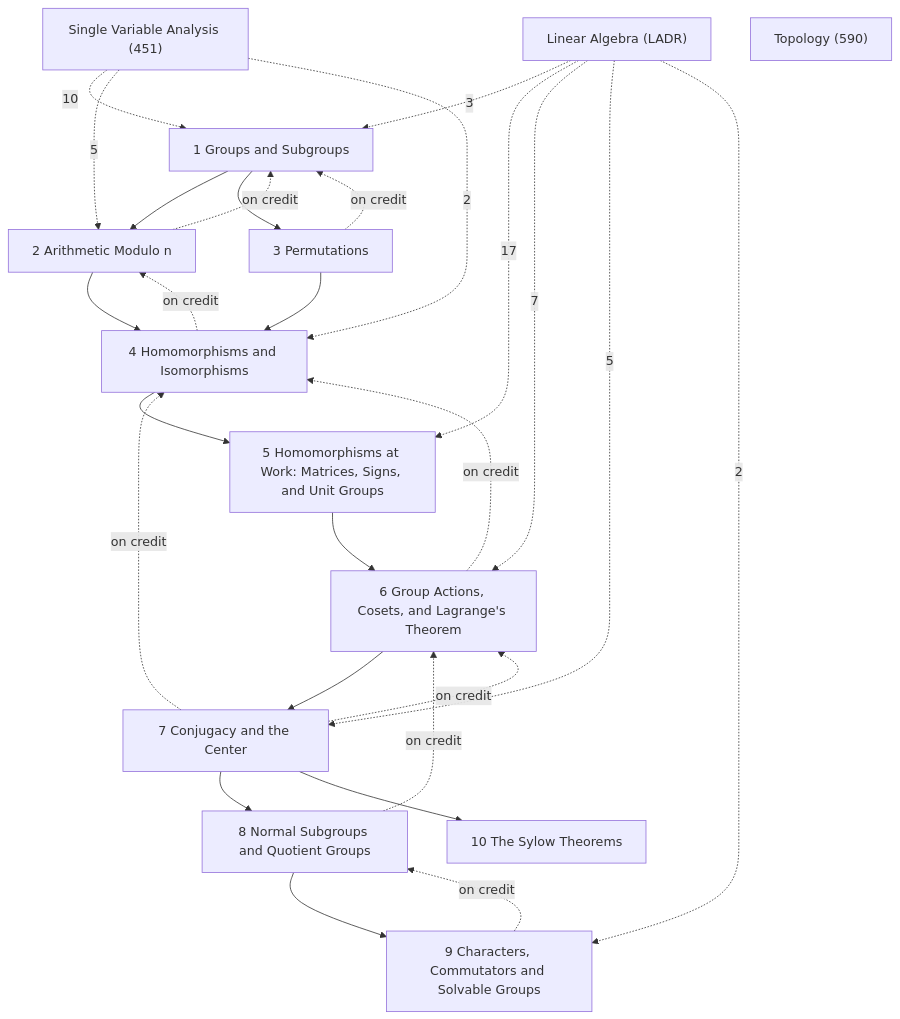
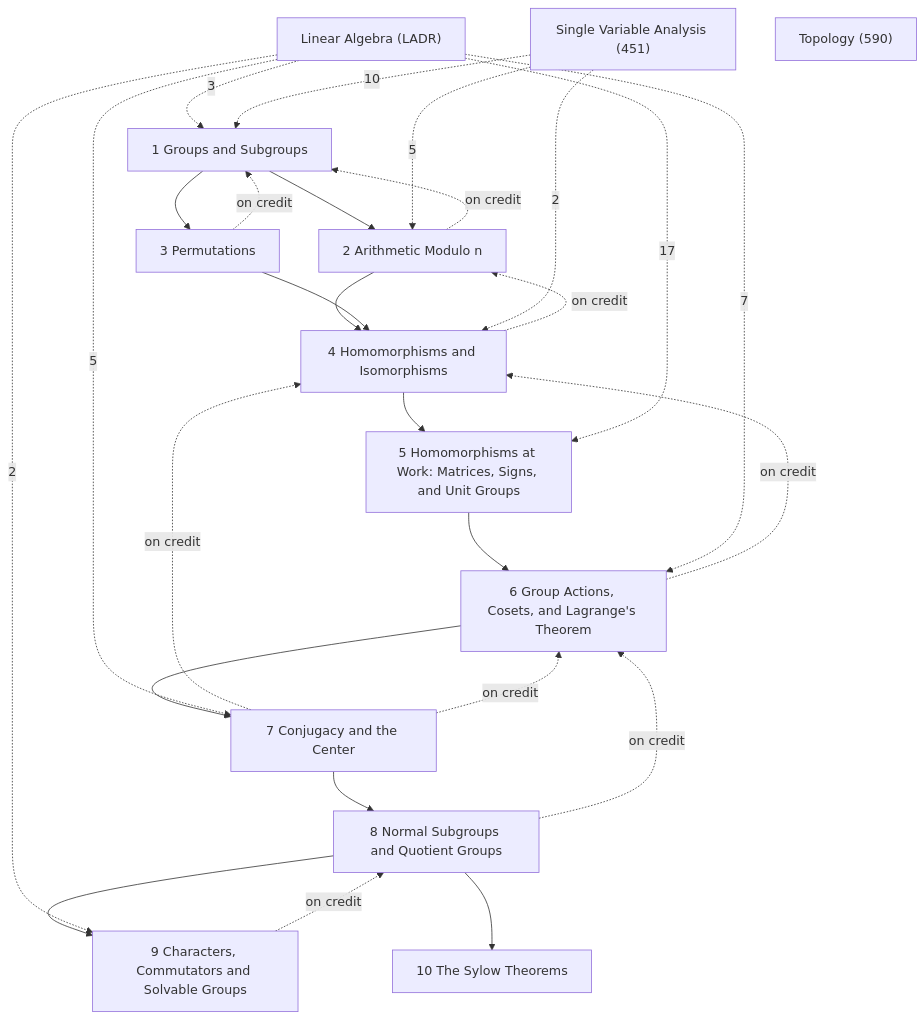
The diagram in Math/Group Theory/Group Theory.md (Onion20040508/notes), drawn with Mermaid before and after one commit. The commit also changed 19 other files, not shown here.

````diff
--- a/Math/Group Theory/Group Theory.md
+++ b/Math/Group Theory/Group Theory.md
@@ -27,42 +27,42 @@
 ```mermaid
 graph TD
   C1["1 Groups and Subgroups"]
   C2["2 Arithmetic Modulo n"]
   C3["3 Permutations"]
   C4["4 Homomorphisms and Isomorphisms"]
   C5["5 Homomorphisms at Work: Matrices, Signs, and Unit Groups"]
   C6["6 Group Actions, Cosets, and Lagrange's Theorem"]
   C7["7 Conjugacy and the Center"]
   C8["8 Normal Subgroups and Quotient Groups"]
   C9["9 Characters, Commutators and Solvable Groups"]
   C10["10 The Sylow Theorems"]
   X1["Linear Algebra (LADR)"]
   X2["Single Variable Analysis (451)"]
   X3["Topology (590)"]
   C1 --> C2
   C1 --> C3
   C2 --> C4
   C3 --> C4
   C4 --> C5
   C5 --> C6
   C6 --> C7
   C7 --> C8
-  C7 --> C10
   C8 --> C9
+  C8 --> C10
   C2 -.->|on credit| C1
   C3 -.->|on credit| C1
   C4 -.->|on credit| C2
   C6 -.->|on credit| C4
   C7 -.->|on credit| C4
   C7 -.->|on credit| C6
   C8 -.->|on credit| C6
   C9 -.->|on credit| C8
   X1 -.->|3| C1
   X1 -.->|17| C5
   X1 -.->|7| C6
   X1 -.->|5| C7
   X1 -.->|2| C9
   X2 -.->|10| C1
   X2 -.->|5| C2
   X2 -.->|2| C4
 ```
````
